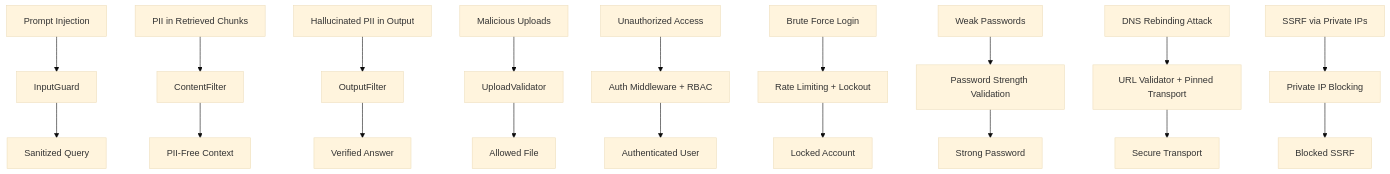
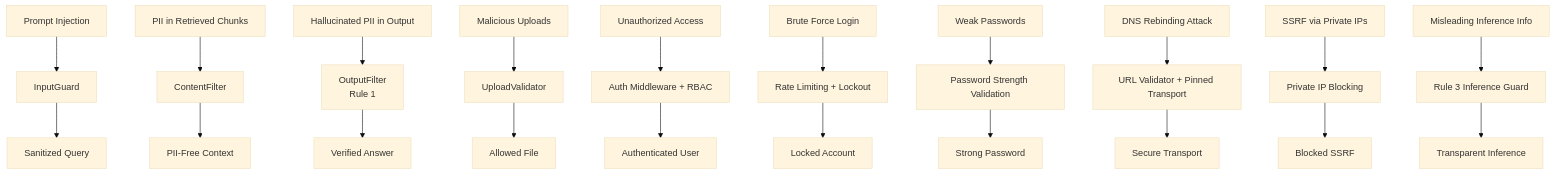
One commit to genes8/private-ai changed diagram 13 of 16 in .qoder/repowiki/en/content/Architecture and Design/Security and Compliance Architecture.md. Above: the diagram before and after it, drawn with Mermaid (base theme). The commit also changed other lines of this file and 36 other files, not shown here.

````diff
--- a/.qoder/repowiki/en/content/Architecture and Design/Security and Compliance Architecture.md
+++ b/.qoder/repowiki/en/content/Architecture and Design/Security and Compliance Architecture.md
@@ -654,21 +683,23 @@
 ```mermaid
 graph TB
 T1["Prompt Injection"] --> M1["InputGuard"]
 T2["PII in Retrieved Chunks"] --> M2["ContentFilter"]
-T3["Hallucinated PII in Output"] --> M3["OutputFilter"]
+T3["Hallucinated PII in Output"] --> M3["OutputFilter<br/>Rule 1"]
 T4["Malicious Uploads"] --> M4["UploadValidator"]
 T5["Unauthorized Access"] --> M5["Auth Middleware + RBAC"]
 T6["Brute Force Login"] --> M6["Rate Limiting + Lockout"]
 T7["Weak Passwords"] --> M7["Password Strength Validation"]
 T8["DNS Rebinding Attack"] --> M8["URL Validator + Pinned Transport"]
 T9["SSRF via Private IPs"] --> M9["Private IP Blocking"]
+T10["Misleading Inference Info"] --> M10["Rule 3 Inference Guard"]
 M1 --> R1["Sanitized Query"]
 M2 --> R2["PII-Free Context"]
 M3 --> R3["Verified Answer"]
 M4 --> R4["Allowed File"]
 M5 --> R5["Authenticated User"]
 M6 --> R6["Locked Account"]
 M7 --> R7["Strong Password"]
 M8 --> R8["Secure Transport"]
 M9 --> R9["Blocked SSRF"]
+M10 --> R10["Transparent Inference"]
 ```
````
